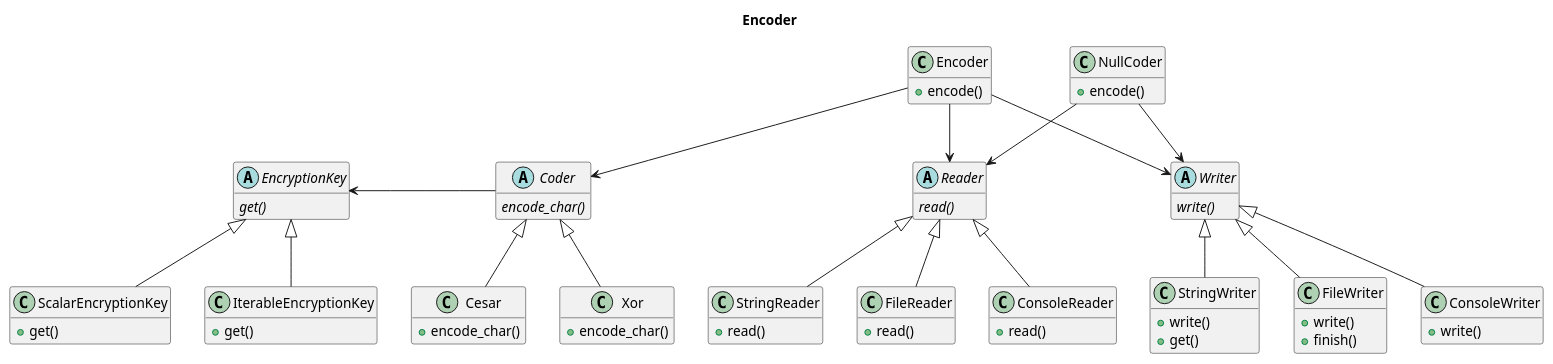
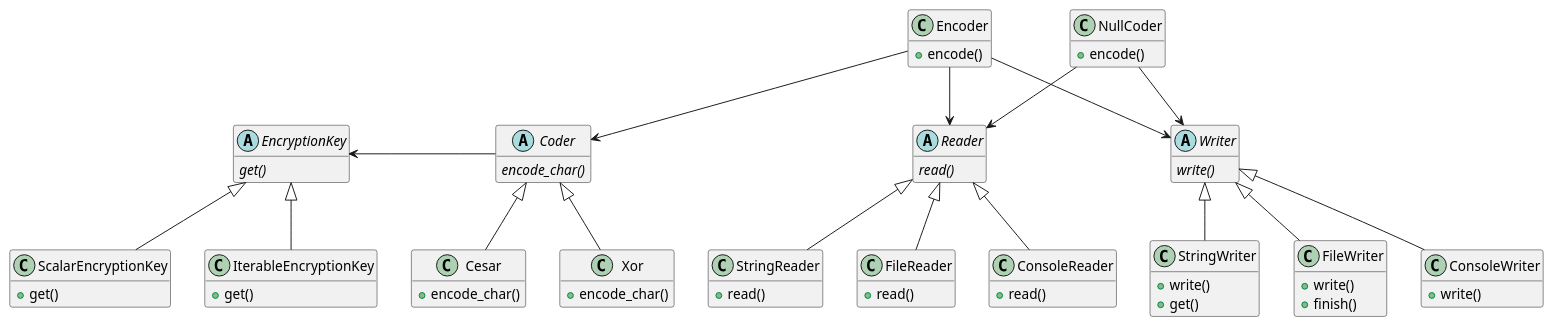
One commit to meeetju/encoder changed the diagram in docs/design_encoder.puml. Above: the diagram before and after it, drawn with PlantUML. The commit also changed 9 other files, not shown here.

```diff
--- a/docs/design_encoder.puml
+++ b/docs/design_encoder.puml
@@ -1,94 +1,92 @@
 @startuml
 hide empty methods
 hide empty attributes
-
-title Encoder
 
 class Encoder {
   +encode()
 }
 
 class NullCoder {
   +encode()
 }
 
 abstract class Reader {
   {abstract}read()
 }
 
 class StringReader {
   +read()
 }
 
 class FileReader {
   +read()
 }
 
 class ConsoleReader {
   +read()
 }
 
 abstract class Writer {
   {abstract}write()
 }
 
 class StringWriter {
   +write()
   +get()
 }
 
 class FileWriter {
   +write()
   +finish()
 }
 
 class ConsoleWriter {
   +write()
 }
 
 abstract class Coder {
   {abstract}encode_char()
 }
 
 class Cesar {
   +encode_char()
 }
 
 class Xor {
   +encode_char()
 }
 
 abstract class EncryptionKey {
   {abstract}get()
 }
 
 class ScalarEncryptionKey {
   +get()
 }
 
 class IterableEncryptionKey {
   +get()
 }
 
 Encoder --> Reader
 Encoder --> Writer
 Encoder --> Coder
 Coder -left-> EncryptionKey
 
 NullCoder --> Reader
 NullCoder --> Writer
 
 Coder <|-- Cesar
 Coder <|-- Xor
 
 Reader <|-- StringReader
 Reader <|-- FileReader
 Reader <|-- ConsoleReader
 
 Writer <|-- StringWriter
 Writer <|-- FileWriter
 Writer <|-- ConsoleWriter
 
 EncryptionKey <|-- ScalarEncryptionKey
 EncryptionKey <|-- IterableEncryptionKey
 @enduml
```
